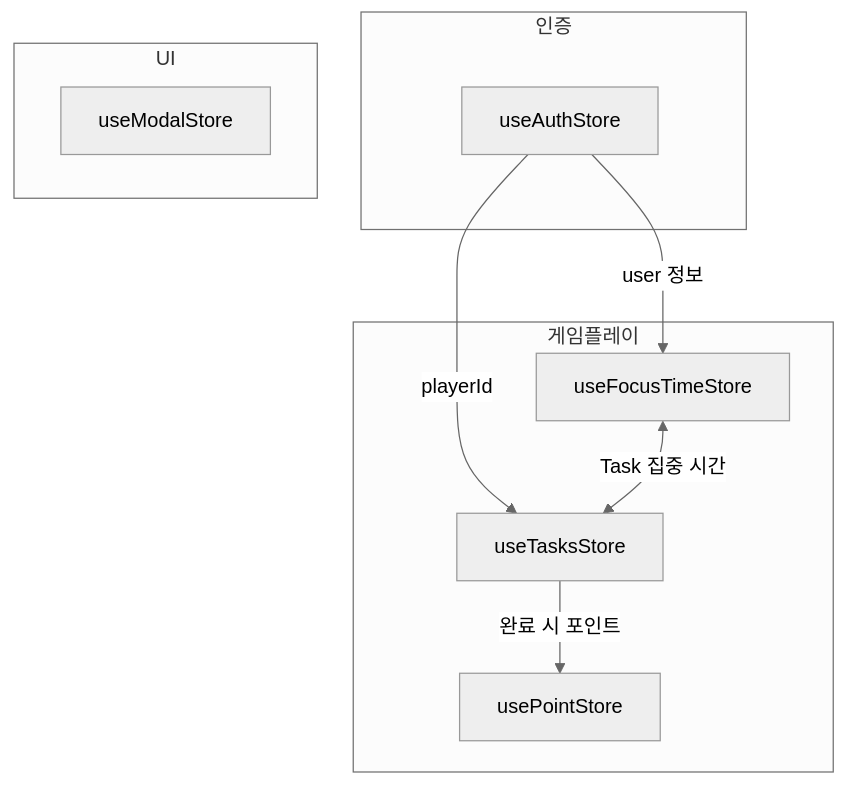
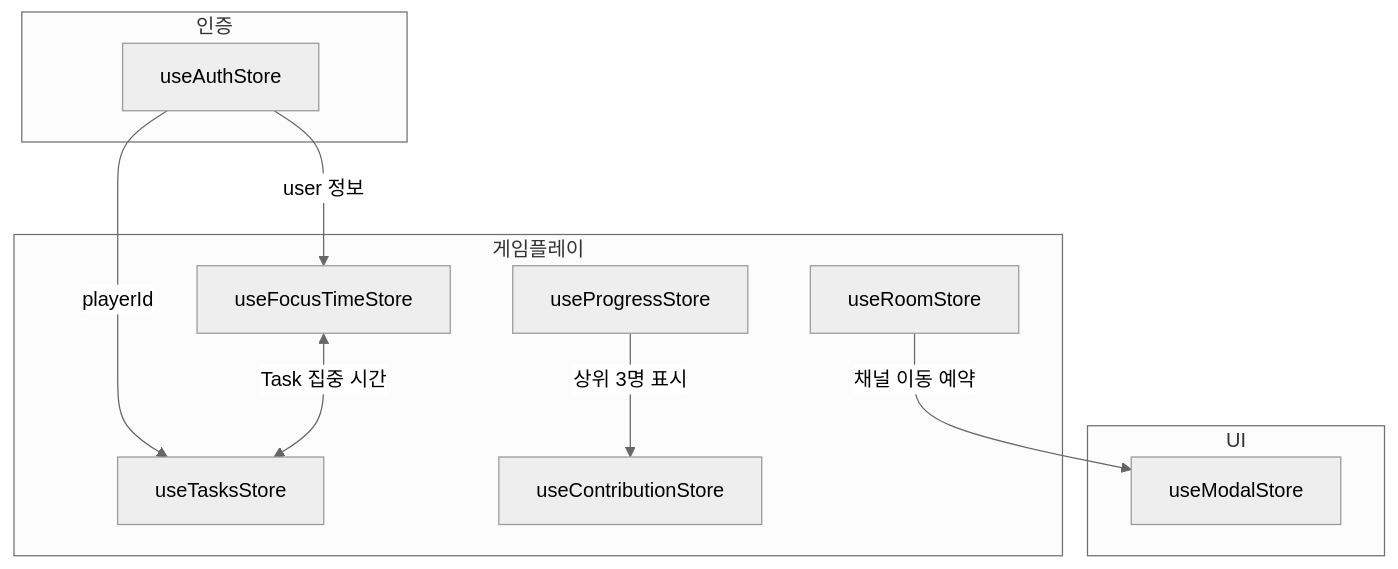
Before and after one commit to boostcampwm2025/web19-estrogenquattro: the second of 2 diagrams in docs/architecture/STATE_MANAGEMENT.md, drawn with Mermaid (neutral theme). The commit also changed other lines of this file and 18 other files, not shown here.

````diff
--- a/docs/architecture/STATE_MANAGEMENT.md
+++ b/docs/architecture/STATE_MANAGEMENT.md
@@ -278,21 +307,24 @@
 ```mermaid
 flowchart TB
     subgraph 인증
         Auth[useAuthStore]
     end
 
     subgraph 게임플레이
         Focus[useFocusTimeStore]
         Tasks[useTasksStore]
-        Point[usePointStore]
+        Progress[useProgressStore]
+        Contributions[useContributionStore]
+        Room[useRoomStore]
     end
 
     subgraph UI
         Modal[useModalStore]
     end
 
     Auth -->|user 정보| Focus
     Auth -->|playerId| Tasks
     Focus <-->|Task 집중 시간| Tasks
-    Tasks -->|완료 시 포인트| Point
+    Progress -->|상위 3명 표시| Contributions
+    Room -->|채널 이동 예약| Modal
 ```
````
